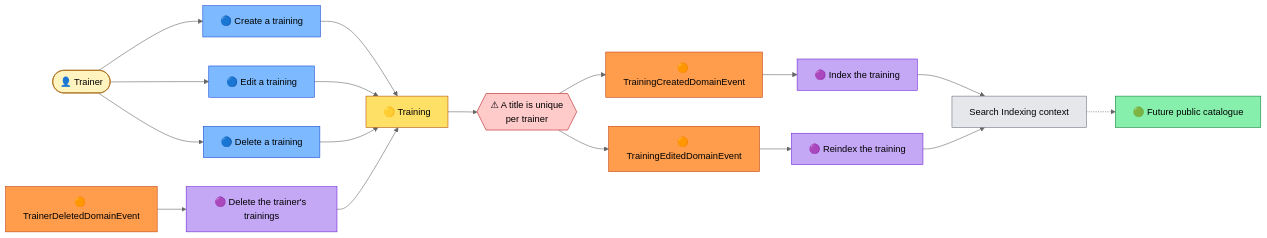
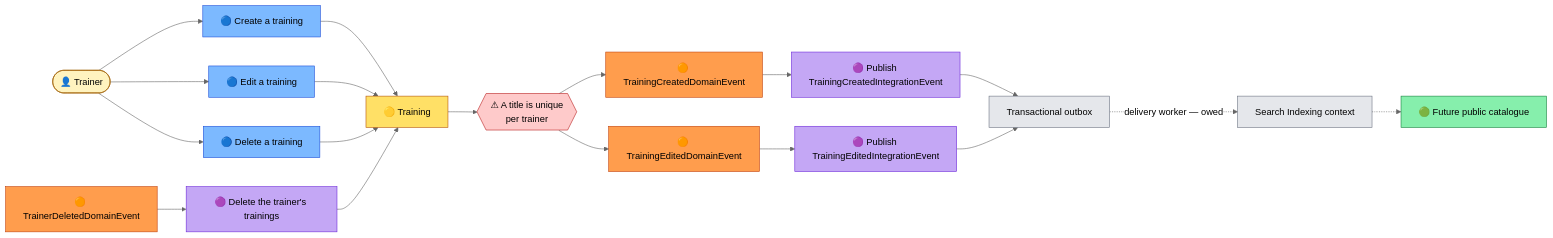
One commit to maxime-poulain/BLRefactoring changed the second of 2 diagrams in docs/strategic-design/event-storming.md. Above: the diagram before and after it, drawn with Mermaid (neutral theme). The commit also changed other lines of this file and 43 other files, not shown here.

````diff
--- a/docs/strategic-design/event-storming.md
+++ b/docs/strategic-design/event-storming.md
@@ -104,42 +112,43 @@
 ```mermaid
 flowchart LR
     A(["👤 Trainer"]) --> C1["🔵 Create a training"]
     A --> C2["🔵 Edit a training"]
     A --> C3["🔵 Delete a training"]
 
     C1 --> AG["🟡 Training"]
     C2 --> AG
     C3 --> AG
 
     AG --> INV{{"⚠ A title is unique<br/>per trainer"}}
     INV --> E1["🟠 TrainingCreatedDomainEvent"]
     INV --> E2["🟠 TrainingEditedDomainEvent"]
 
-    E1 --> P1["🟣 Index the training"]
-    E2 --> P2["🟣 Reindex the training"]
-    P1 --> SI["Search Indexing context"]
-    P2 --> SI
+    E1 --> P1["🟣 Publish TrainingCreatedIntegrationEvent"]
+    E2 --> P2["🟣 Publish TrainingEditedIntegrationEvent"]
+    P1 --> OB["Transactional outbox"]
+    P2 --> OB
+    OB -.->|"delivery worker — owed"| SI["Search Indexing context"]
 
     SI -.-> RM["🟢 Future public catalogue"]
 
     TD["🟠 TrainerDeletedDomainEvent"] --> P3["🟣 Delete the trainer's trainings"]
     P3 --> AG
 
     classDef event fill:#ff9d4d,stroke:#c2410c,color:#000
     classDef command fill:#7cb9ff,stroke:#1d4ed8,color:#000
     classDef aggregate fill:#ffe066,stroke:#b45309,color:#000
     classDef policy fill:#c4a7f5,stroke:#6d28d9,color:#000
     classDef actor fill:#fff3bf,stroke:#a16207,color:#000
     classDef readmodel fill:#86efac,stroke:#15803d,color:#000
     classDef external fill:#e5e7eb,stroke:#6b7280,color:#000
     classDef invariant fill:#fecaca,stroke:#b91c1c,color:#000
 
     class E1,E2,TD event
     class C1,C2,C3 command
     class AG aggregate
     class P1,P2,P3 policy
     class A actor
     class RM readmodel
-    class SI external
+    class SI,OB external
     class INV invariant
 ```
````
